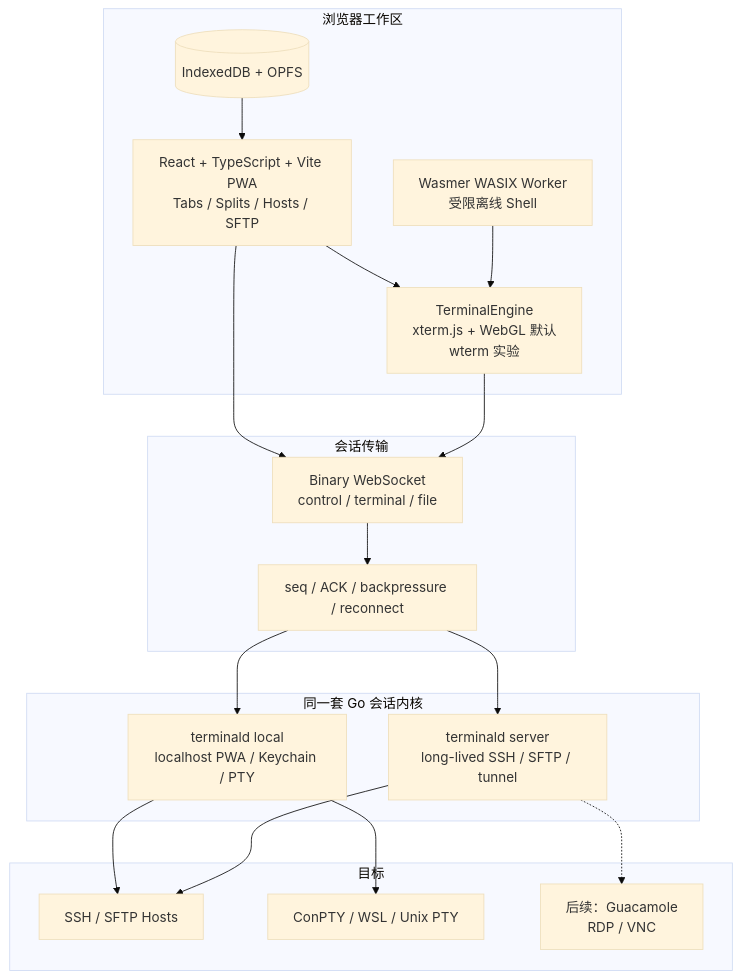
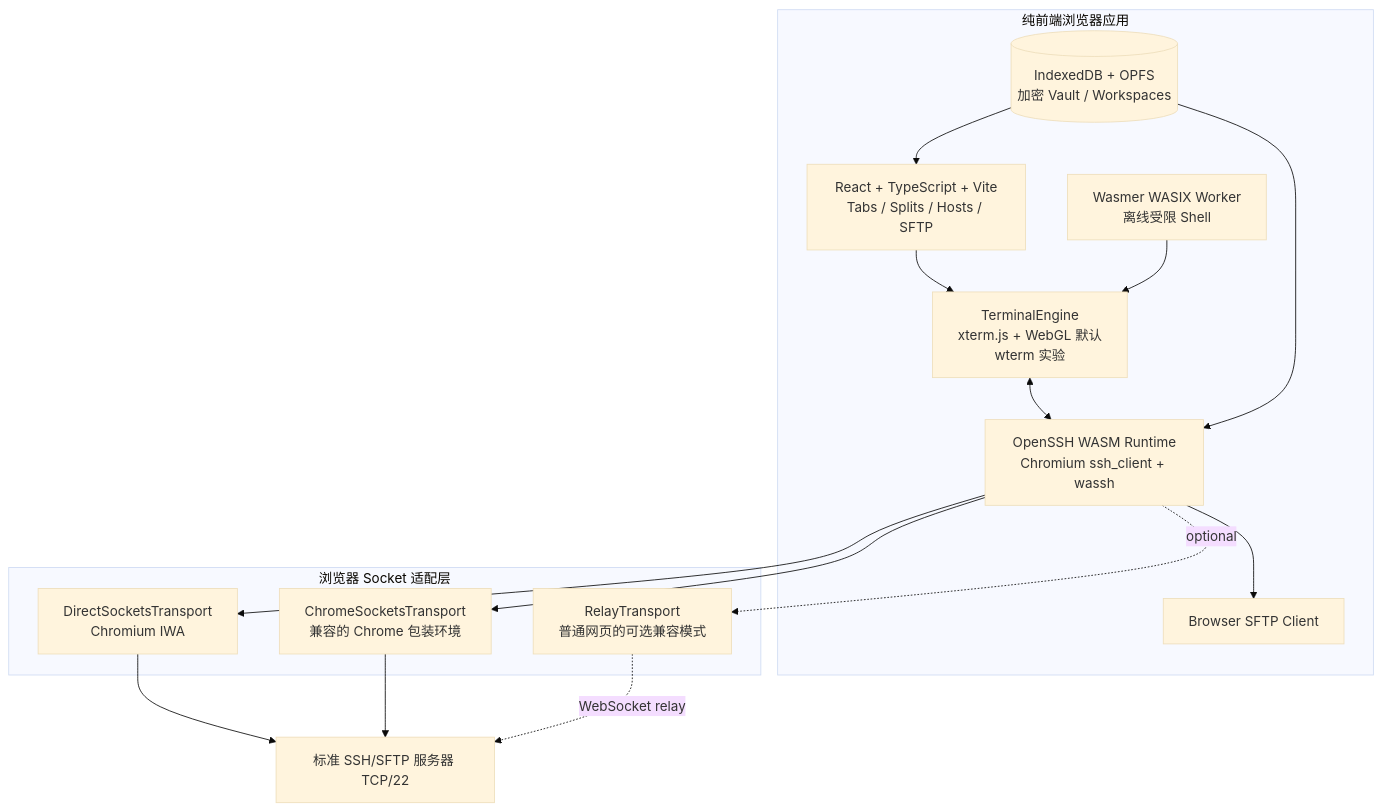
The diagram in README.md (tianrking/oh_myssh), drawn with Mermaid (base theme) before and after one commit. The commit also changed other lines of this file and 2 other files, not shown here.

Commit message:
docs: correct architecture to pure frontend

````diff
--- a/README.md
+++ b/README.md
@@ -21,38 +15,31 @@
 ```mermaid
 flowchart TB
-  subgraph Browser["浏览器工作区"]
-    UI["React + TypeScript + Vite PWA<br/>Tabs / Splits / Hosts / SFTP"]
+  subgraph Browser["纯前端浏览器应用"]
+    UI["React + TypeScript + Vite<br/>Tabs / Splits / Hosts / SFTP"]
     TERM["TerminalEngine<br/>xterm.js + WebGL 默认<br/>wterm 实验"]
-    WASIX["Wasmer WASIX Worker<br/>受限离线 Shell"]
-    STORE[("IndexedDB + OPFS")]
+    SSH["OpenSSH WASM Runtime<br/>Chromium ssh_client + wassh"]
+    SFTP["Browser SFTP Client"]
+    SHELL["Wasmer WASIX Worker<br/>离线受限 Shell"]
+    VAULT[("IndexedDB + OPFS<br/>加密 Vault / Workspaces")]
+
     UI --> TERM
-    WASIX --> TERM
-    STORE --> UI
+    TERM <--> SSH
+    SSH --> SFTP
+    SHELL --> TERM
+    VAULT --> UI
+    VAULT --> SSH
   end
 
-  subgraph Transport["会话传输"]
-    WS["Binary WebSocket<br/>control / terminal / file"]
-    FLOW["seq / ACK / backpressure / reconnect"]
-    WS --> FLOW
+  subgraph Sockets["浏览器 Socket 适配层"]
+    DIRECT["DirectSocketsTransport<br/>Chromium IWA"]
+    CHROME["ChromeSocketsTransport<br/>兼容的 Chrome 包装环境"]
+    RELAY["RelayTransport<br/>普通网页的可选兼容模式"]
   end
 
-  subgraph Runtime["同一套 Go 会话内核"]
-    LOCAL["terminald local<br/>localhost PWA / Keychain / PTY"]
-    CLOUD["terminald server<br/>long-lived SSH / SFTP / tunnel"]
-  end
-
-  subgraph Targets["目标"]
-    SSH["SSH / SFTP Hosts"]
-    PTY["ConPTY / WSL / Unix PTY"]
-    GUAC["后续：Guacamole<br/>RDP / VNC"]
-  end
-
-  UI --> WS
-  TERM --> WS
-  FLOW --> LOCAL
-  FLOW --> CLOUD
-  LOCAL --> SSH
-  LOCAL --> PTY
-  CLOUD --> SSH
-  CLOUD -.-> GUAC
+  SSH --> DIRECT
+  SSH --> CHROME
+  SSH -. optional .-> RELAY
+  DIRECT --> HOST["标准 SSH/SFTP 服务器 TCP/22"]
+  CHROME --> HOST
+  RELAY -. WebSocket relay .-> HOST
 ```
````
